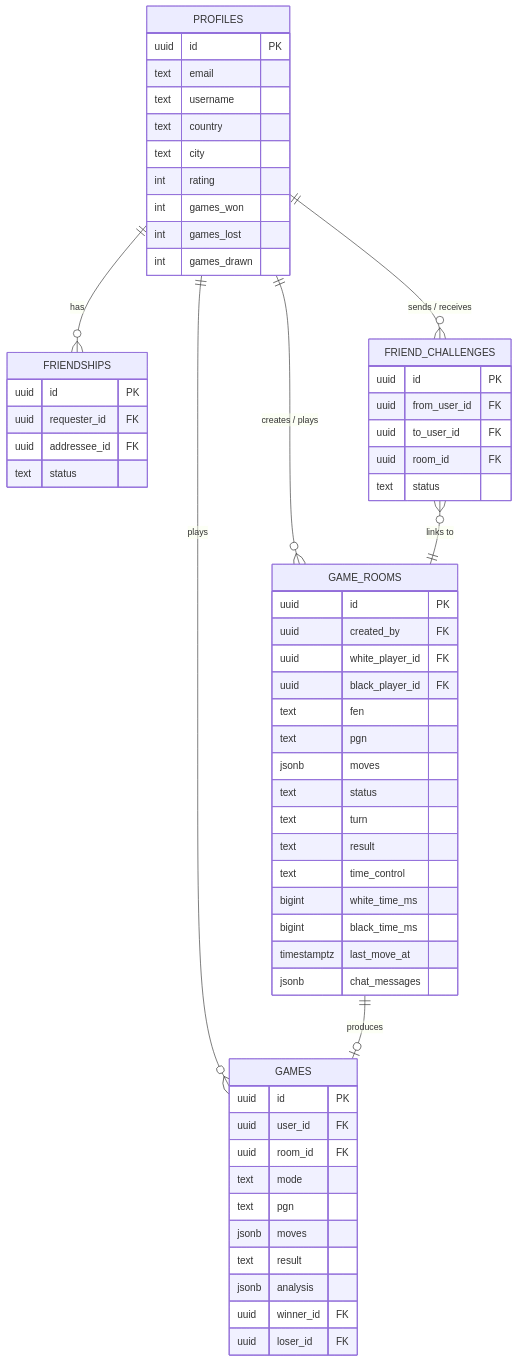
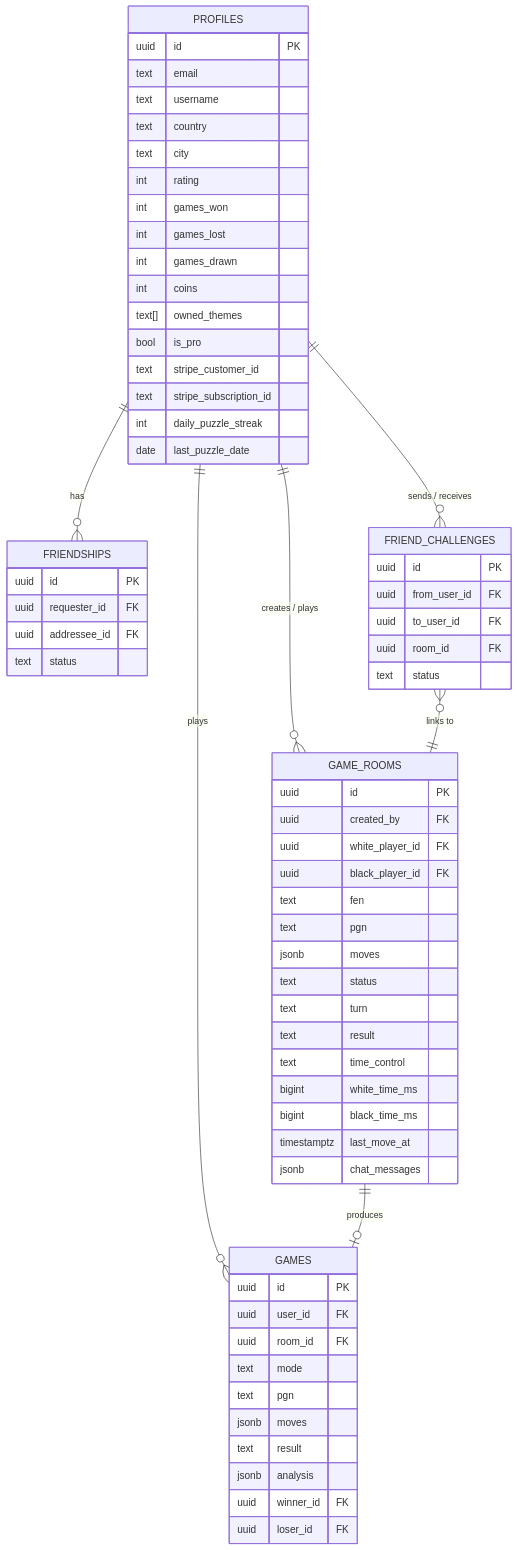
Before and after one commit to n6s8/nfac-chess: the seventh of 7 diagrams in README.md, drawn with Mermaid. The commit also changed other lines of this file and 7 other files, not shown here.

````diff
--- a/README.md
+++ b/README.md
@@ -274,67 +279,74 @@
 ```mermaid
 erDiagram
     PROFILES {
         uuid id PK
         text email
         text username
         text country
         text city
         int rating
         int games_won
         int games_lost
         int games_drawn
+        int coins
+        text[] owned_themes
+        bool is_pro
+        text stripe_customer_id
+        text stripe_subscription_id
+        int daily_puzzle_streak
+        date last_puzzle_date
     }
 
     GAME_ROOMS {
         uuid id PK
         uuid created_by FK
         uuid white_player_id FK
         uuid black_player_id FK
         text fen
         text pgn
         jsonb moves
         text status
         text turn
         text result
         text time_control
         bigint white_time_ms
         bigint black_time_ms
         timestamptz last_move_at
         jsonb chat_messages
     }
 
     GAMES {
         uuid id PK
         uuid user_id FK
         uuid room_id FK
         text mode
         text pgn
         jsonb moves
         text result
         jsonb analysis
         uuid winner_id FK
         uuid loser_id FK
     }
 
     FRIENDSHIPS {
         uuid id PK
         uuid requester_id FK
         uuid addressee_id FK
         text status
     }
 
     FRIEND_CHALLENGES {
         uuid id PK
         uuid from_user_id FK
         uuid to_user_id FK
         uuid room_id FK
         text status
     }
 
     PROFILES ||--o{ GAME_ROOMS : "creates / plays"
     PROFILES ||--o{ GAMES : "plays"
     GAME_ROOMS ||--o| GAMES : "produces"
     PROFILES ||--o{ FRIENDSHIPS : "has"
     PROFILES ||--o{ FRIEND_CHALLENGES : "sends / receives"
     FRIEND_CHALLENGES }o--|| GAME_ROOMS : "links to"
 ```
````
